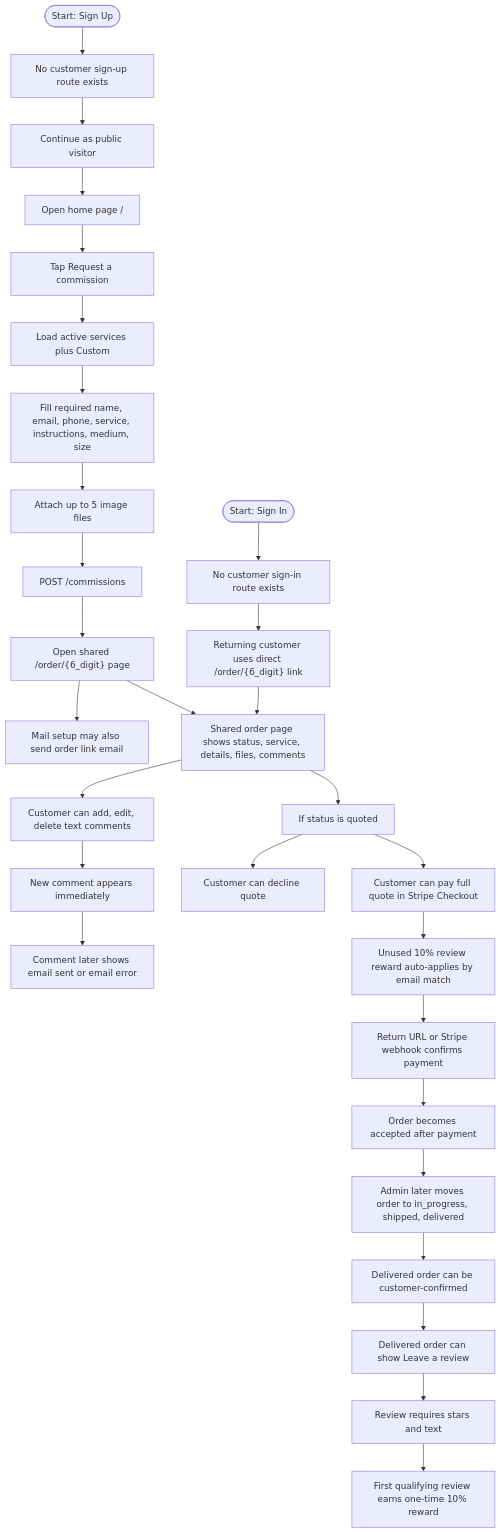
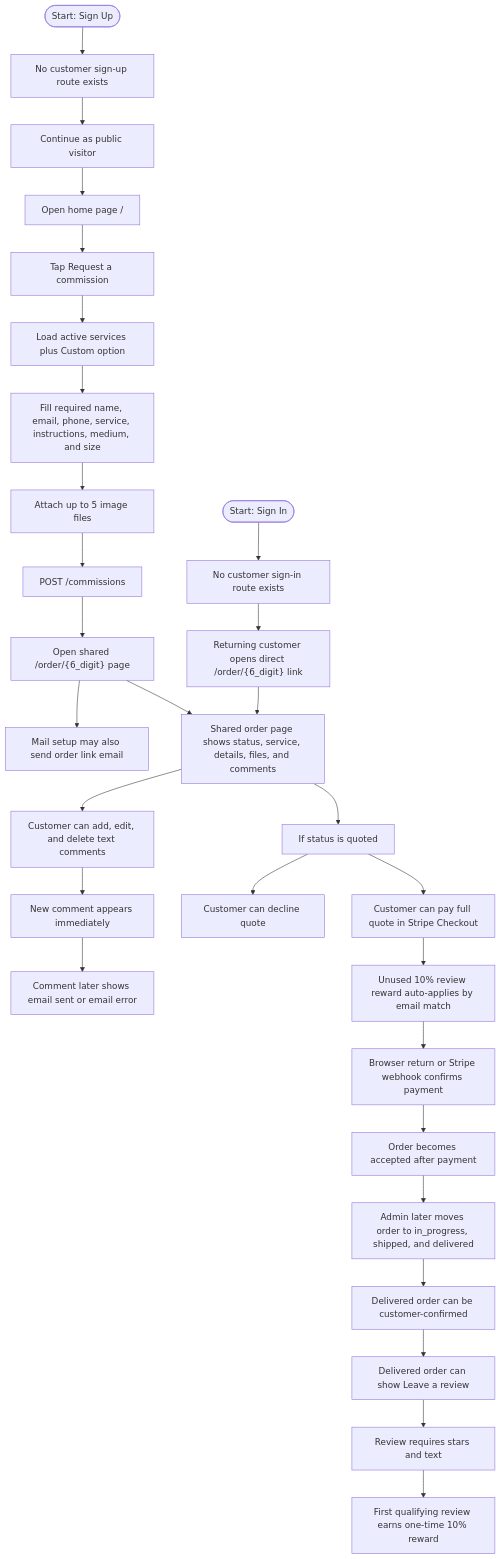
The second of 3 diagrams in 0_KC/flowchart.md (david-lytikainen/SAS), drawn with Mermaid before and after one commit. The commit also changed other lines of this file and 3 other files, not shown here.

Commit message:
Refresh KC flowchart docs

````diff
--- a/0_KC/flowchart.md
+++ b/0_KC/flowchart.md
@@ -65,46 +65,46 @@
 ```mermaid
 flowchart TB
   SU([Start: Sign Up])
   SU1["No customer sign-up route exists"]
   SU2["Continue as public visitor"]
 
   SI([Start: Sign In])
   SI1["No customer sign-in route exists"]
-  SI2["Returning customer uses direct /order/{6_digit} link"]
+  SI2["Returning customer opens direct /order/{6_digit} link"]
 
   H0["Open home page /"]
   H1["Tap Request a commission"]
-  F0["Load active services plus Custom"]
-  F1["Fill required name, email, phone, service, instructions, medium, size"]
+  F0["Load active services plus Custom option"]
+  F1["Fill required name, email, phone, service, instructions, medium, and size"]
   F2["Attach up to 5 image files"]
   F3["POST /commissions"]
   F4["Open shared /order/{6_digit} page"]
   F5["Mail setup may also send order link email"]
 
-  O0["Shared order page shows status, service, details, files, comments"]
-  O1["Customer can add, edit, delete text comments"]
+  O0["Shared order page shows status, service, details, files, and comments"]
+  O1["Customer can add, edit, and delete text comments"]
   O2["New comment appears immediately"]
   O3["Comment later shows email sent or email error"]
 
   Q0["If status is quoted"]
   Q1["Customer can decline quote"]
   Q2["Customer can pay full quote in Stripe Checkout"]
   Q3["Unused 10% review reward auto-applies by email match"]
-  Q4["Return URL or Stripe webhook confirms payment"]
+  Q4["Browser return or Stripe webhook confirms payment"]
   Q5["Order becomes accepted after payment"]
 
-  D0["Admin later moves order to in_progress, shipped, delivered"]
+  D0["Admin later moves order to in_progress, shipped, and delivered"]
   D1["Delivered order can be customer-confirmed"]
   D2["Delivered order can show Leave a review"]
   D3["Review requires stars and text"]
   D4["First qualifying review earns one-time 10% reward"]
 
   SU --> SU1 --> SU2 --> H0
   SI --> SI1 --> SI2 --> O0
 
   H0 --> H1 --> F0 --> F1 --> F2 --> F3 --> F4 --> F5
   F4 --> O0 --> O1 --> O2 --> O3
   O0 --> Q0
   Q0 --> Q1
   Q0 --> Q2 --> Q3 --> Q4 --> Q5 --> D0 --> D1 --> D2 --> D3 --> D4
 ```
````
